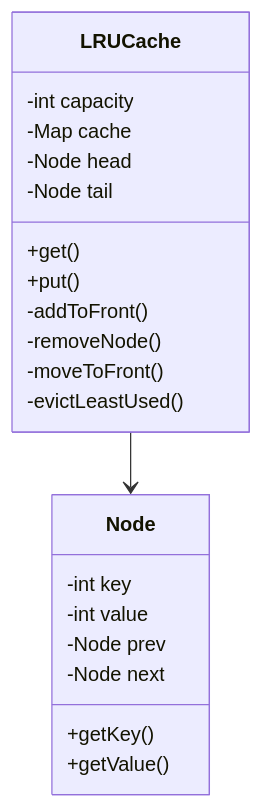
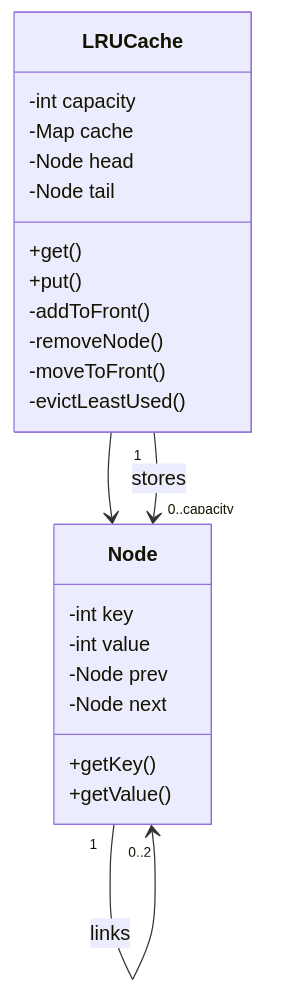
One commit to mthaiseer/springcloud-systemdesign-notes changed the third of 19 diagrams in LLD_NOTES/lld_visual_java_reference_mermaid_full_implementation.md. Above: the diagram before and after it, drawn with Mermaid. The commit also changed other lines of this file, not shown here.

````diff
--- a/LLD_NOTES/lld_visual_java_reference_mermaid_full_implementation.md
+++ b/LLD_NOTES/lld_visual_java_reference_mermaid_full_implementation.md
@@ -624,24 +714,27 @@
 ```mermaid
 classDiagram
   class LRUCache {
     -int capacity
     -Map cache
     -Node head
     -Node tail
     +get()
     +put()
     -addToFront()
     -removeNode()
     -moveToFront()
     -evictLeastUsed()
   }
   class Node {
     -int key
     -int value
     -Node prev
     -Node next
     +getKey()
     +getValue()
   }
   LRUCache --> Node
+  %% Cardinality relationships
+  LRUCache "1" --> "0..capacity" Node : stores
+  Node "1" --> "0..2" Node : links
 ```
````
